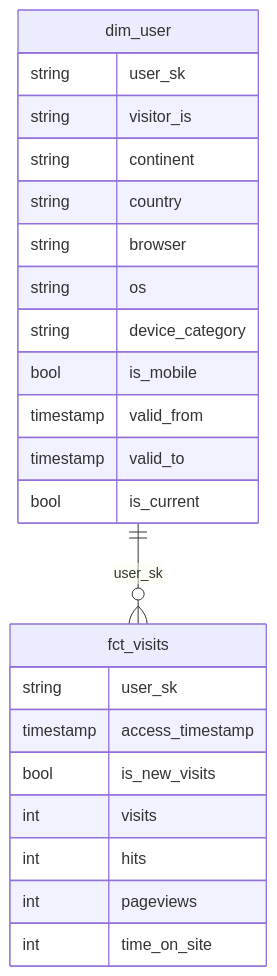
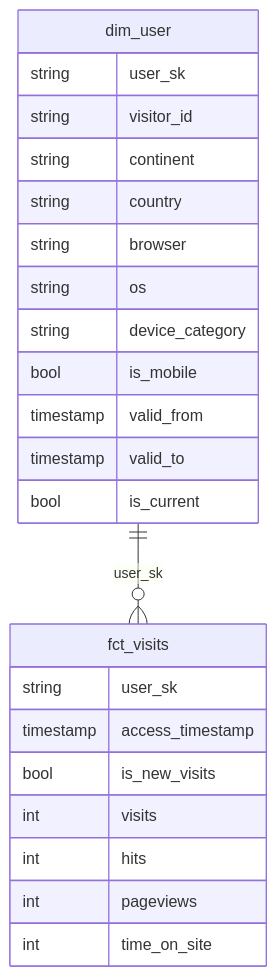
Before and after one commit to cafenoctua/study_logs: the diagram in dbt-dimensional-modeling/modeling/ga_modeling.md, drawn with Mermaid. The commit also changed 8 other files, not shown here.

````diff
--- a/dbt-dimensional-modeling/modeling/ga_modeling.md
+++ b/dbt-dimensional-modeling/modeling/ga_modeling.md
@@ -1,27 +1,27 @@
 ```mermaid
 erDiagram
     dim_user ||--o{ fct_visits : user_sk
     dim_user {
         string user_sk
-        string visitor_is
+        string visitor_id
         string continent
         string country
         string browser
         string os
         string device_category
         bool is_mobile
         timestamp valid_from
         timestamp valid_to
         bool is_current
     }
 
     fct_visits {
         string user_sk
         timestamp access_timestamp
         bool is_new_visits
         int visits
         int hits
         int pageviews
         int time_on_site
     }
 ```
````
